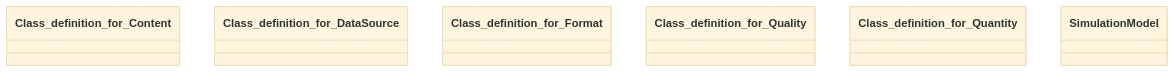
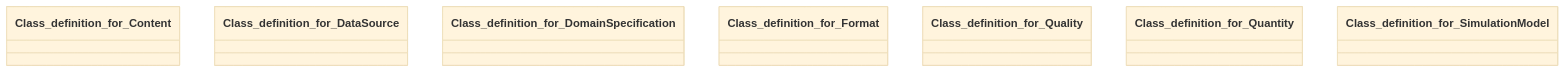
One commit to GAIA-X4PLC-AAD/ontology-management-base changed the diagram in artifacts/simulation-model/PROPERTIES.md. Above: the diagram before and after it, drawn with Mermaid (base theme). The commit also changed other lines of this file and 95 other files, not shown here.

First line of the commit message:
feat(ontology): GX 25.11 wrapper architecture, domain compliance & ve… (#175)

````diff
--- a/artifacts/simulation-model/PROPERTIES.md
+++ b/artifacts/simulation-model/PROPERTIES.md
@@ -5,9 +5,10 @@
 ```mermaid
 classDiagram
 class Class_definition_for_Content
 class Class_definition_for_DataSource
+class Class_definition_for_DomainSpecification
 class Class_definition_for_Format
 class Class_definition_for_Quality
 class Class_definition_for_Quantity
-class SimulationModel
+class Class_definition_for_SimulationModel
 ```
````
